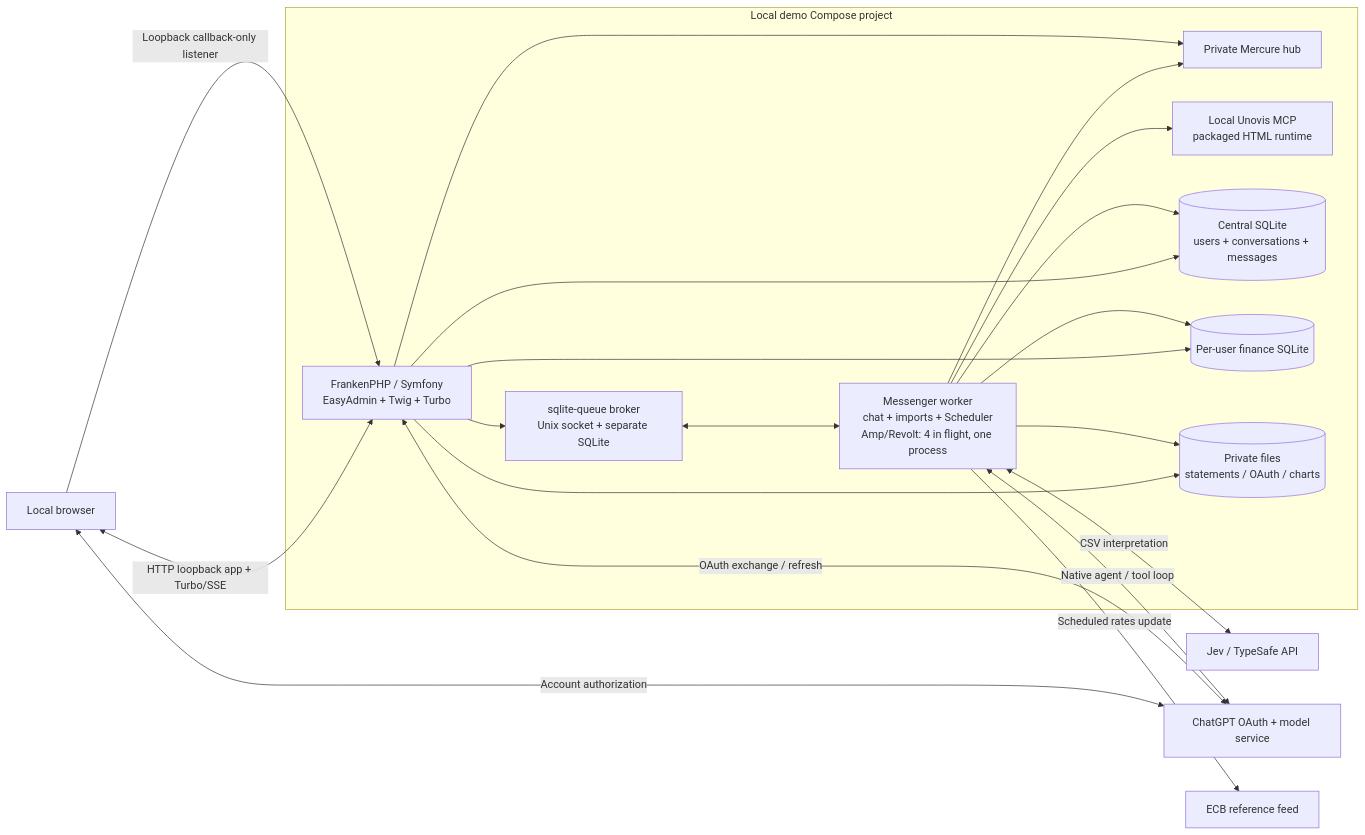
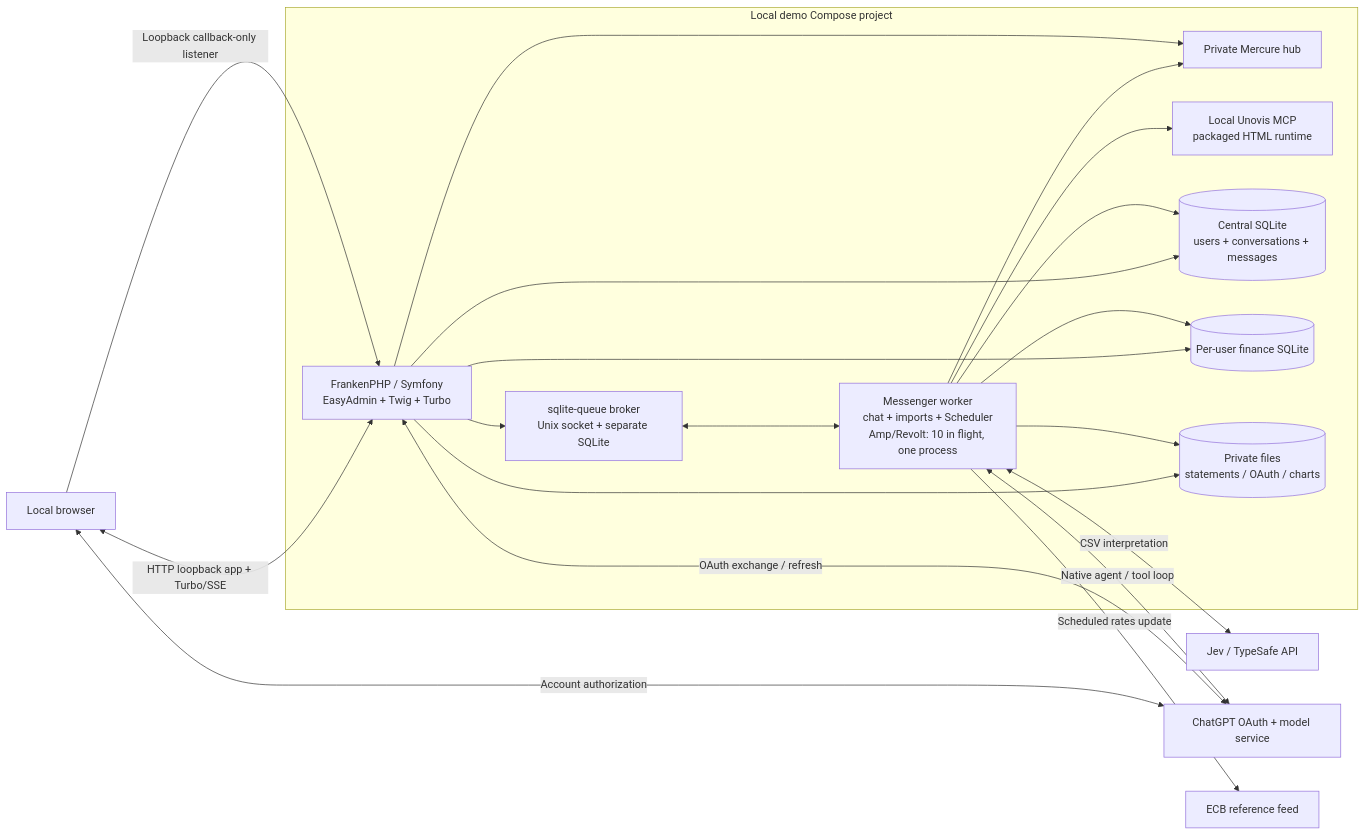
One commit to ineersa/personal-finance-agent changed the first of 4 diagrams in ARCHITECTURE.md. Above: the diagram before and after it, drawn with Mermaid. The commit also changed 4 other files, not shown here.

````diff
--- a/ARCHITECTURE.md
+++ b/ARCHITECTURE.md
@@ -9,35 +9,35 @@
 ```mermaid
 flowchart LR
     Browser["Local browser"]
     Jev["Jev / TypeSafe API"]
     ChatGPT["ChatGPT OAuth + model service"]
     ECB["ECB reference feed"]
     subgraph Docker["Local demo Compose project"]
         PHP["FrankenPHP / Symfony\nEasyAdmin + Twig + Turbo"]
         Broker["sqlite-queue broker\nUnix socket + separate SQLite"]
-        Worker["Messenger worker\nchat + imports + Scheduler\nAmp/Revolt: 4 in flight, one process"]
+        Worker["Messenger worker\nchat + imports + Scheduler\nAmp/Revolt: 10 in flight, one process"]
         Hub["Private Mercure hub"]
         Charts["Local Unovis MCP\npackaged HTML runtime"]
         Central[("Central SQLite\nusers + conversations + messages")]
         Tenants[("Per-user finance SQLite")]
         Files[("Private files\nstatements / OAuth / charts")]
         PHP --> Broker
         Broker <--> Worker
         PHP --> Central
         PHP --> Tenants
         PHP --> Files
         Worker --> Central
         Worker --> Tenants
         Worker --> Files
         Worker --> Charts
         Worker --> Hub
         PHP --> Hub
     end
     Browser <-->|"HTTP loopback app + Turbo/SSE"| PHP
     Browser -->|"Loopback callback-only listener"| PHP
     Browser <-->|"Account authorization"| ChatGPT
     PHP <-->|"OAuth exchange / refresh"| ChatGPT
     Worker <-->|"Native agent / tool loop"| ChatGPT
     Worker <-->|"CSV interpretation"| Jev
     Worker -->|"Scheduled rates update"| ECB
 ```
````
